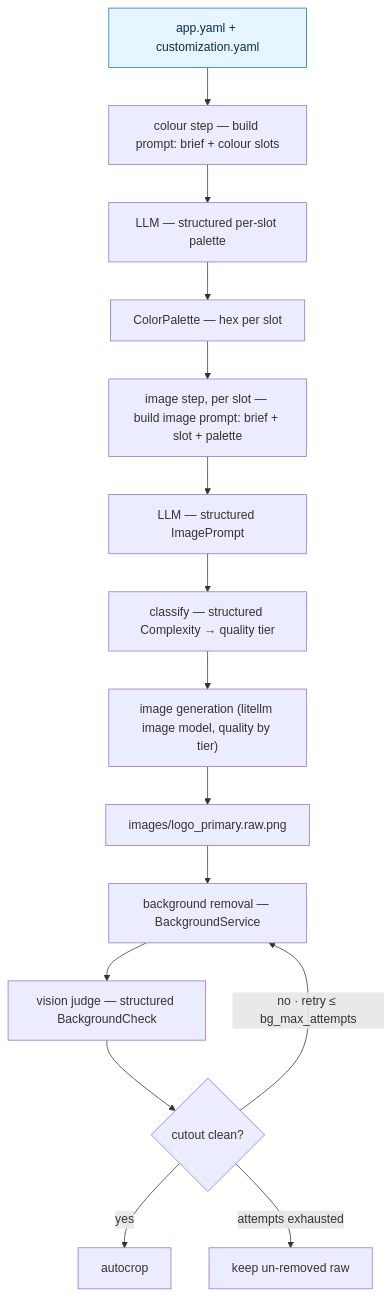
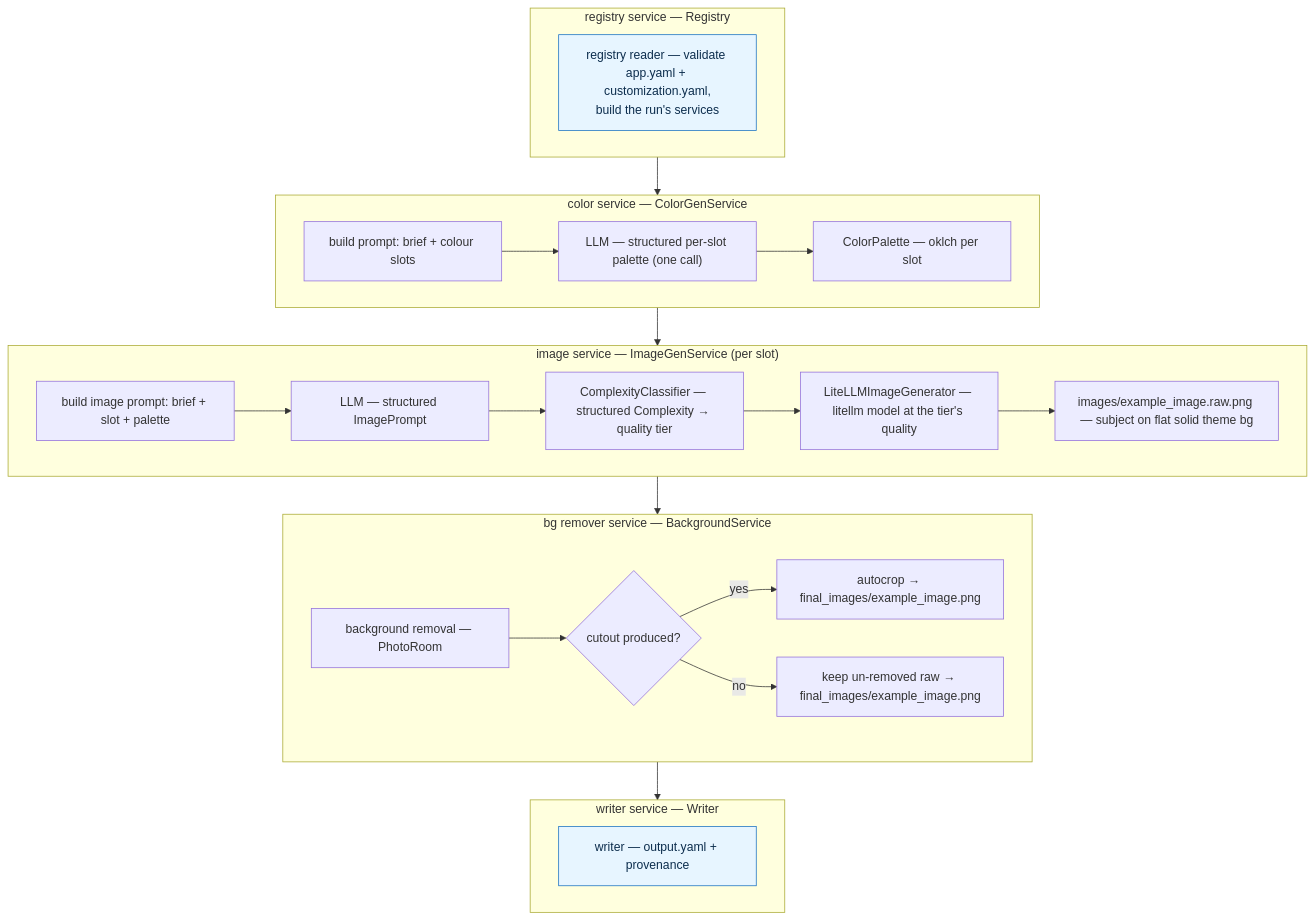
Before and after one commit to jesse51002/CombatDen: the diagram in CustomizationService/README.md, drawn with Mermaid. The commit also changed other lines of this file and 24 other files, not shown here.

````diff
--- a/CustomizationService/README.md
+++ b/CustomizationService/README.md
@@ -17,25 +37,42 @@
 ```mermaid
 flowchart TD
-    In["app.yaml + customization.yaml"]
-    CBuild["colour step — build prompt: brief + colour slots"]
-    CLLM["LLM — structured per-slot palette"]
-    Palette["ColorPalette — hex per slot"]
-    IBuild["image step, per slot — build image prompt: brief + slot + palette"]
-    ILLM["LLM — structured ImagePrompt"]
-    Classify["classify — structured Complexity → quality tier"]
-    Gen["image generation (litellm image model, quality by tier)"]
-    Raw["images/logo_primary.raw.png"]
-    BgRemove["background removal — BackgroundService"]
-    BgCheck["vision judge — structured BackgroundCheck"]
-    Decide{"cutout clean?"}
-    Crop["autocrop"]
-    Fallback["keep un-removed raw"]
+  subgraph sgRegistry["registry service — Registry"]
+    Reg["registry reader — validate app.yaml + customization.yaml,<br/>build the run's services"]
+  end
 
-    In --> CBuild --> CLLM --> Palette --> IBuild --> ILLM --> Classify --> Gen --> Raw --> BgRemove --> BgCheck --> Decide
-    Decide -- "yes" --> Crop
-    Decide -- "no · retry ≤ bg_max_attempts" --> BgRemove
-    Decide -- "attempts exhausted" --> Fallback
 
-    classDef yaml fill:#e7f5ff,stroke:#1971c2,color:#0c2d4d
-    class In yaml
+    subgraph sgColor["color service — ColorGenService"]
+        CBuild["build prompt: brief + colour slots"]
+        CLLM["LLM — structured per-slot palette (one call)"]
+        Palette["ColorPalette — oklch per slot"]
+        CBuild --> CLLM --> Palette
+    end
+
+    subgraph sgImage["image service — ImageGenService (per slot)"]
+        IBuild["build image prompt: brief + slot + palette"]
+        ILLM["LLM — structured ImagePrompt"]
+        Classify["ComplexityClassifier — structured Complexity → quality tier"]
+        Gen["LiteLLMImageGenerator — litellm model at the tier's quality"]
+        Raw["images/example_image.raw.png — subject on flat solid theme bg"]
+        IBuild --> ILLM --> Classify --> Gen --> Raw
+    end
+
+    subgraph sgBg["bg remover service — BackgroundService"]
+        BgRemove["background removal — PhotoRoom"]
+        Decide{"cutout produced?"}
+        Crop["autocrop → final_images/example_image.png"]
+        Fallback["keep un-removed raw → final_images/example_image.png"]
+        BgRemove --> Decide
+        Decide -- "yes" --> Crop
+        Decide -- "no" --> Fallback
+    end
+
+    subgraph sgWriter["writer service — Writer"]
+        Writer["writer — output.yaml + provenance"]
+    end
+    
+    sgRegistry --> sgColor --> sgImage --> sgBg --> sgWriter
+
+    classDef io fill:#e7f5ff,stroke:#1971c2,color:#0c2d4d
+    class Reg,Writer io
 ```
````
